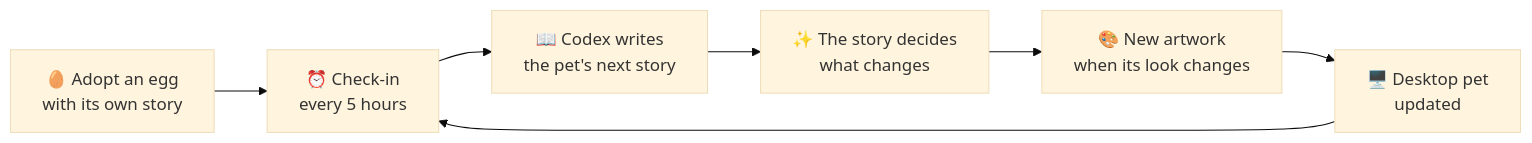
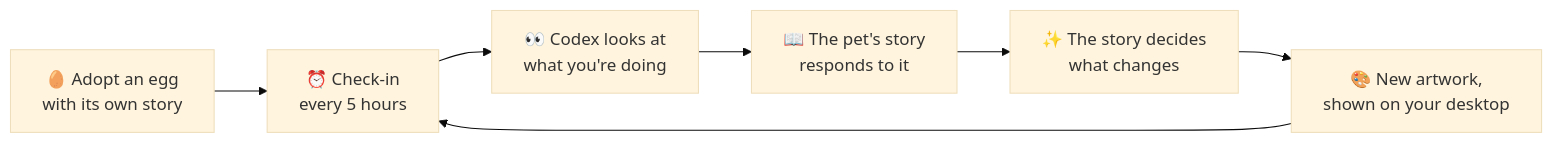
One commit to yate-ge/GenPet changed the diagram in README.md. Above: the diagram before and after it, drawn with Mermaid (base theme). The commit also changed other lines of this file and 12 other files, not shown here.

````diff
--- a/README.md
+++ b/README.md
@@ -103,9 +128,9 @@
 ```mermaid
 flowchart LR
   A["🥚 Adopt an egg<br>with its own story"] --> B["⏰ Check-in<br>every 5 hours"]
-  B --> C["📖 Codex writes<br>the pet's next story"]
-  C --> D["✨ The story decides<br>what changes"]
-  D --> E["🎨 New artwork<br>when its look changes"]
-  E --> F["🖥️ Desktop pet<br>updated"]
+  B --> C["👀 Codex looks at<br>what you're doing"]
+  C --> D["📖 The pet's story<br>responds to it"]
+  D --> E["✨ The story decides<br>what changes"]
+  E --> F["🎨 New artwork,<br>shown on your desktop"]
   F --> B
 ```
````
